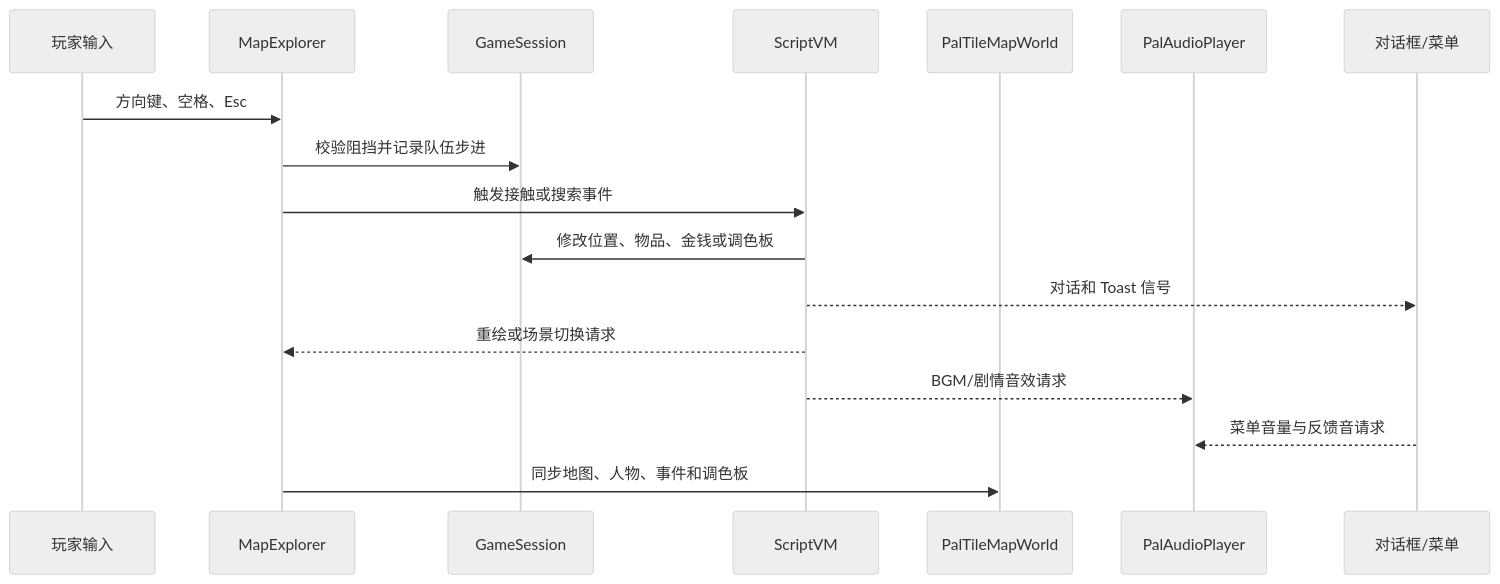
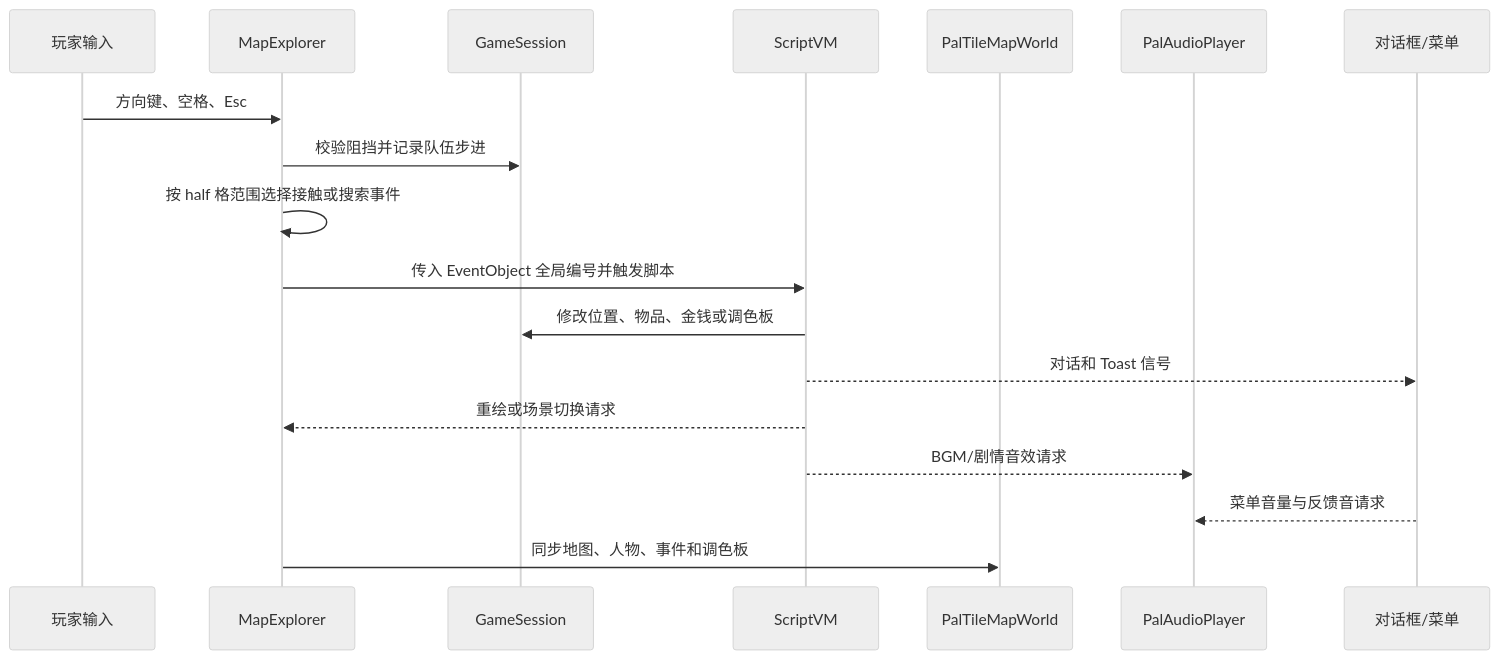
Before and after one commit to 1xuanyuan1/sword-godot: the second of 2 diagrams in docs/ARCHITECTURE.md, drawn with Mermaid (neutral theme). The commit also changed other lines of this file and 9 other files, not shown here.

````diff
--- a/docs/ARCHITECTURE.md
+++ b/docs/ARCHITECTURE.md
@@ -57,19 +59,20 @@
 ```mermaid
 sequenceDiagram
     participant U as 玩家输入
     participant M as MapExplorer
     participant S as GameSession
     participant V as ScriptVM
     participant W as PalTileMapWorld
     participant A as PalAudioPlayer
     participant UI as 对话框/菜单
     U->>M: 方向键、空格、Esc
     M->>S: 校验阻挡并记录队伍步进
-    M->>V: 触发接触或搜索事件
+    M->>M: 按 half 格范围选择接触或搜索事件
+    M->>V: 传入 EventObject 全局编号并触发脚本
     V->>S: 修改位置、物品、金钱或调色板
     V-->>UI: 对话和 Toast 信号
     V-->>M: 重绘或场景切换请求
     V-->>A: BGM/剧情音效请求
     UI-->>A: 菜单音量与反馈音请求
     M->>W: 同步地图、人物、事件和调色板
 ```
````
